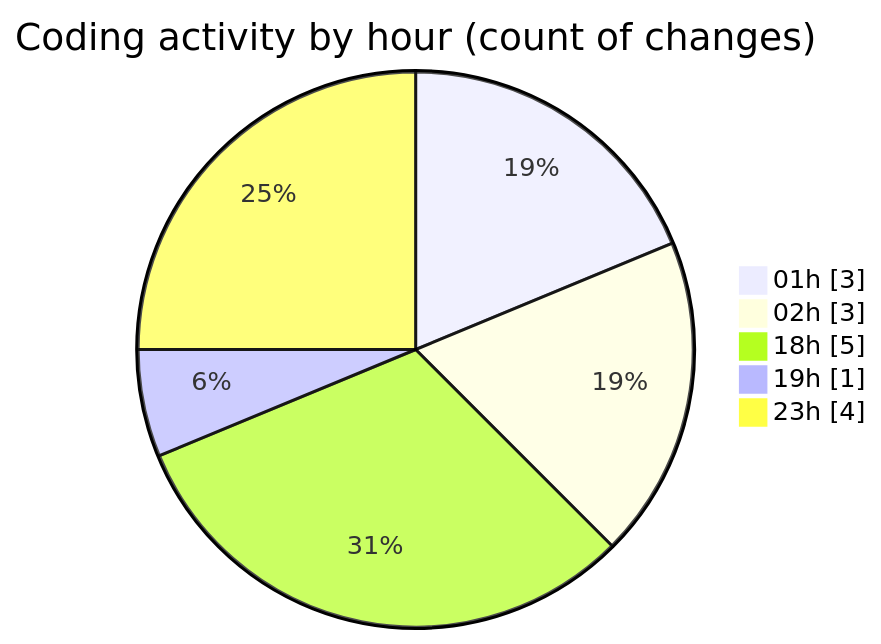
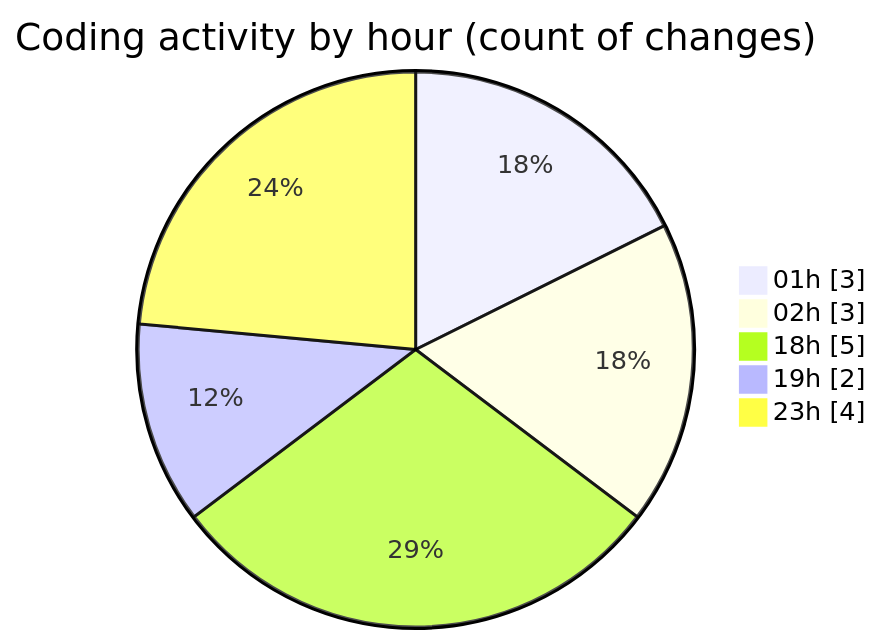
The second of 2 diagrams in 2025-09-08/quanlylink/README.md (lephambinh05/code-tracking), drawn with Mermaid before and after one commit. The commit also changed other lines of this file and 1 other file, not shown here.

````diff
--- a/2025-09-08/quanlylink/README.md
+++ b/2025-09-08/quanlylink/README.md
@@ -42,9 +44,9 @@
 ```mermaid
 pie showData
 title Coding activity by hour (count of changes)
 "01h" : 3
 "02h" : 3
 "18h" : 5
-"19h" : 1
+"19h" : 2
 "23h" : 4
 ```
````
